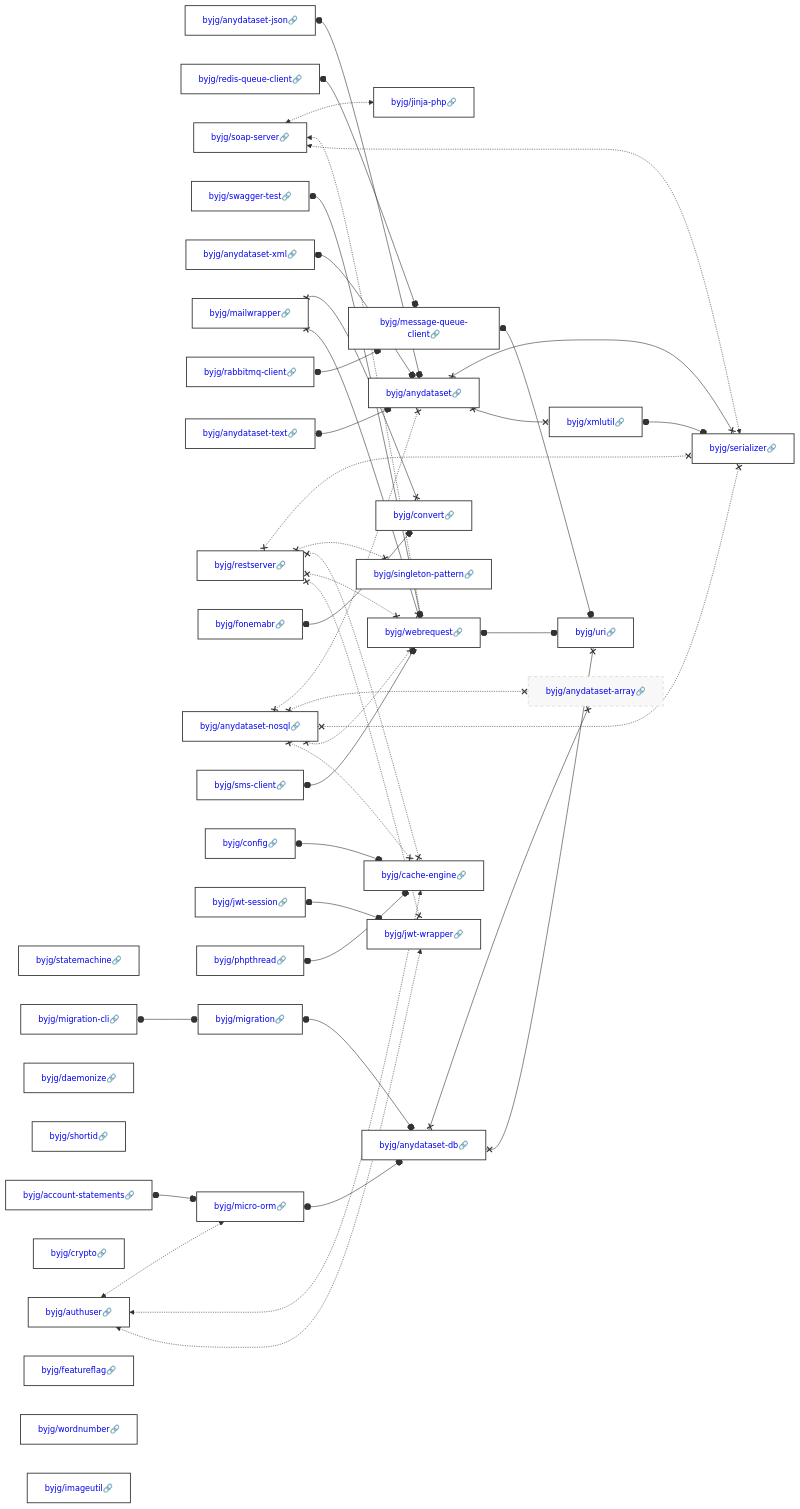
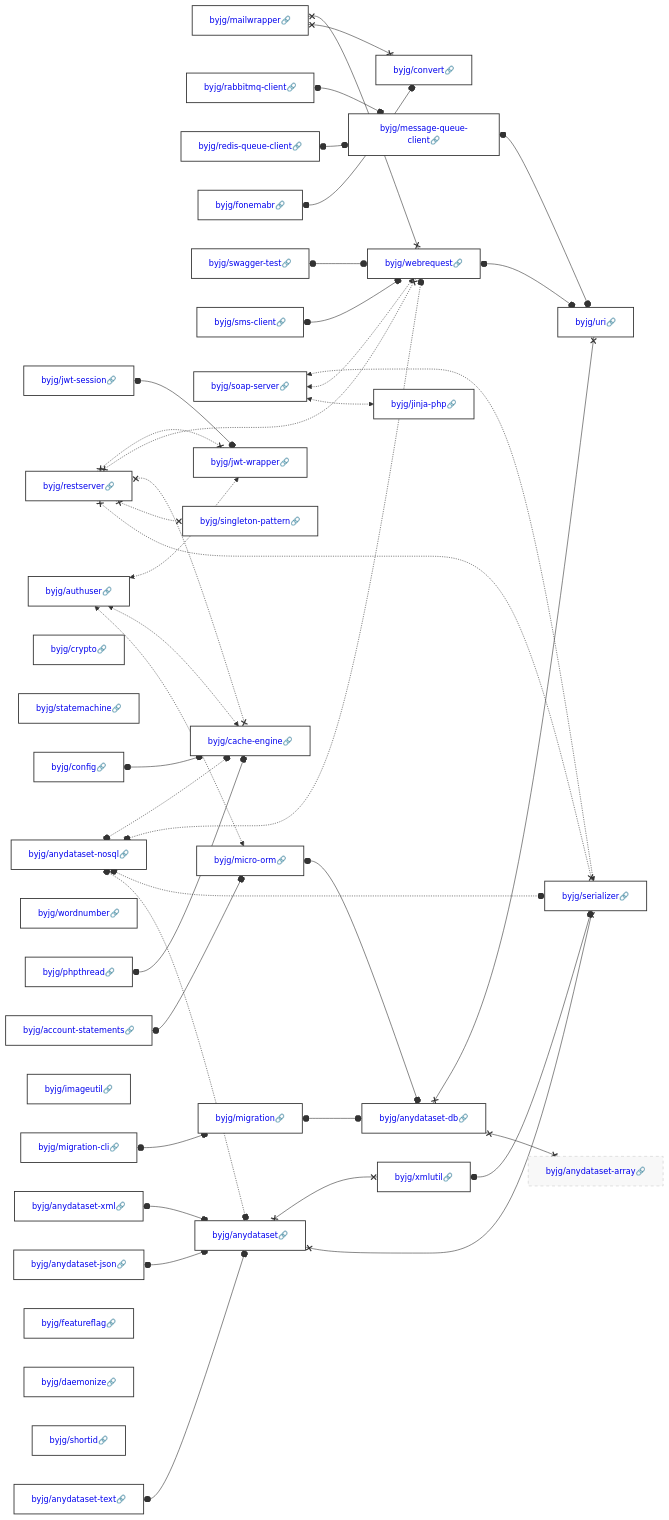
One commit to byjg/byjg.github.io changed the diagram in docs/php/README.md. Above: the diagram before and after it, drawn with Mermaid. The commit also changed 7 other files, not shown here.

Commit message:
Update documentation 'php' 'php-anydataset-nosql'

````diff
--- a/docs/php/README.md
+++ b/docs/php/README.md
@@ -3,40 +3,40 @@
 ```mermaid
 graph LR;
-  byjg/anydataset-json[<a href='https://opensource.byjg.com/docs/php/anydataset-json' style='text-decoration:none'>byjg/anydataset-json🔗</a>];
+  byjg/jwt-session[<a href='https://opensource.byjg.com/docs/php/jwt-session' style='text-decoration:none'>byjg/jwt-session🔗</a>];
+  byjg/account-statements[<a href='https://opensource.byjg.com/docs/php/account-statements' style='text-decoration:none'>byjg/account-statements🔗</a>];
+  byjg/anydataset-text[<a href='https://opensource.byjg.com/docs/php/anydataset-text' style='text-decoration:none'>byjg/anydataset-text🔗</a>];
+  byjg/crypto[<a href='https://opensource.byjg.com/docs/php/crypto' style='text-decoration:none'>byjg/crypto🔗</a>];
   byjg/statemachine[<a href='https://opensource.byjg.com/docs/php/statemachine' style='text-decoration:none'>byjg/statemachine🔗</a>];
+  byjg/mailwrapper[<a href='https://opensource.byjg.com/docs/php/mailwrapper' style='text-decoration:none'>byjg/mailwrapper🔗</a>];
+  byjg/phpthread[<a href='https://opensource.byjg.com/docs/php/phpthread' style='text-decoration:none'>byjg/phpthread🔗</a>];
+  byjg/rabbitmq-client[<a href='https://opensource.byjg.com/docs/php/rabbitmq-client' style='text-decoration:none'>byjg/rabbitmq-client🔗</a>];
   byjg/redis-queue-client[<a href='https://opensource.byjg.com/docs/php/redis-queue-client' style='text-decoration:none'>byjg/redis-queue-client🔗</a>];
-  byjg/soap-server[<a href='https://opensource.byjg.com/docs/php/soap-server' style='text-decoration:none'>byjg/soap-server🔗</a>];
+  byjg/restserver[<a href='https://opensource.byjg.com/docs/php/restserver' style='text-decoration:none'>byjg/restserver🔗</a>];
+  byjg/wordnumber[<a href='https://opensource.byjg.com/docs/php/wordnumber' style='text-decoration:none'>byjg/wordnumber🔗</a>];
+  byjg/fonemabr[<a href='https://opensource.byjg.com/docs/php/fonemabr' style='text-decoration:none'>byjg/fonemabr🔗</a>];
+  byjg/authuser[<a href='https://opensource.byjg.com/docs/php/authuser' style='text-decoration:none'>byjg/authuser🔗</a>];
   byjg/swagger-test[<a href='https://opensource.byjg.com/docs/php/swagger-test' style='text-decoration:none'>byjg/swagger-test🔗</a>];
   byjg/anydataset-xml[<a href='https://opensource.byjg.com/docs/php/anydataset-xml' style='text-decoration:none'>byjg/anydataset-xml🔗</a>];
-  byjg/account-statements[<a href='https://opensource.byjg.com/docs/php/account-statements' style='text-decoration:none'>byjg/account-statements🔗</a>];
-  byjg/daemonize[<a href='https://opensource.byjg.com/docs/php/daemonize' style='text-decoration:none'>byjg/daemonize🔗</a>];
-  byjg/mailwrapper[<a href='https://opensource.byjg.com/docs/php/mailwrapper' style='text-decoration:none'>byjg/mailwrapper🔗</a>];
-  byjg/shortid[<a href='https://opensource.byjg.com/docs/php/shortid' style='text-decoration:none'>byjg/shortid🔗</a>];
+  byjg/imageutil[<a href='https://opensource.byjg.com/docs/php/imageutil' style='text-decoration:none'>byjg/imageutil🔗</a>];
+  byjg/config[<a href='https://opensource.byjg.com/docs/php/config' style='text-decoration:none'>byjg/config🔗</a>];
   byjg/migration-cli[<a href='https://opensource.byjg.com/docs/php/migration-cli' style='text-decoration:none'>byjg/migration-cli🔗</a>];
-  byjg/crypto[<a href='https://opensource.byjg.com/docs/php/crypto' style='text-decoration:none'>byjg/crypto🔗</a>];
-  byjg/rabbitmq-client[<a href='https://opensource.byjg.com/docs/php/rabbitmq-client' style='text-decoration:none'>byjg/rabbitmq-client🔗</a>];
-  byjg/anydataset-text[<a href='https://opensource.byjg.com/docs/php/anydataset-text' style='text-decoration:none'>byjg/anydataset-text🔗</a>];
-  byjg/authuser[<a href='https://opensource.byjg.com/docs/php/authuser' style='text-decoration:none'>byjg/authuser🔗</a>];
-  byjg/restserver[<a href='https://opensource.byjg.com/docs/php/restserver' style='text-decoration:none'>byjg/restserver🔗</a>];
-  byjg/fonemabr[<a href='https://opensource.byjg.com/docs/php/fonemabr' style='text-decoration:none'>byjg/fonemabr🔗</a>];
   byjg/anydataset-nosql[<a href='https://opensource.byjg.com/docs/php/anydataset-nosql' style='text-decoration:none'>byjg/anydataset-nosql🔗</a>];
   byjg/sms-client[<a href='https://opensource.byjg.com/docs/php/sms-client' style='text-decoration:none'>byjg/sms-client🔗</a>];
-  byjg/config[<a href='https://opensource.byjg.com/docs/php/config' style='text-decoration:none'>byjg/config🔗</a>];
-  byjg/jwt-session[<a href='https://opensource.byjg.com/docs/php/jwt-session' style='text-decoration:none'>byjg/jwt-session🔗</a>];
   byjg/featureflag[<a href='https://opensource.byjg.com/docs/php/featureflag' style='text-decoration:none'>byjg/featureflag🔗</a>];
-  byjg/phpthread[<a href='https://opensource.byjg.com/docs/php/phpthread' style='text-decoration:none'>byjg/phpthread🔗</a>];
-  byjg/wordnumber[<a href='https://opensource.byjg.com/docs/php/wordnumber' style='text-decoration:none'>byjg/wordnumber🔗</a>];
-  byjg/imageutil[<a href='https://opensource.byjg.com/docs/php/imageutil' style='text-decoration:none'>byjg/imageutil🔗</a>];
-  byjg/jinja-php[<a href='https://opensource.byjg.com/docs/php/jinja-php' style='text-decoration:none'>byjg/jinja-php🔗</a>];
-  byjg/migration[<a href='https://opensource.byjg.com/docs/php/migration' style='text-decoration:none'>byjg/migration🔗</a>];
+  byjg/daemonize[<a href='https://opensource.byjg.com/docs/php/daemonize' style='text-decoration:none'>byjg/daemonize🔗</a>];
+  byjg/shortid[<a href='https://opensource.byjg.com/docs/php/shortid' style='text-decoration:none'>byjg/shortid🔗</a>];
+  byjg/anydataset-json[<a href='https://opensource.byjg.com/docs/php/anydataset-json' style='text-decoration:none'>byjg/anydataset-json🔗</a>];
+  byjg/soap-server[<a href='https://opensource.byjg.com/docs/php/soap-server' style='text-decoration:none'>byjg/soap-server🔗</a>];
   byjg/message-queue-client[<a href='https://opensource.byjg.com/docs/php/message-queue-client' style='text-decoration:none'>byjg/message-queue-client🔗</a>];
-  byjg/micro-orm[<a href='https://opensource.byjg.com/docs/php/micro-orm' style='text-decoration:none'>byjg/micro-orm🔗</a>];
   byjg/singleton-pattern[<a href='https://opensource.byjg.com/docs/php/singleton-pattern' style='text-decoration:none'>byjg/singleton-pattern🔗</a>];
   byjg/convert[<a href='https://opensource.byjg.com/docs/php/convert' style='text-decoration:none'>byjg/convert🔗</a>];
+  byjg/micro-orm[<a href='https://opensource.byjg.com/docs/php/micro-orm' style='text-decoration:none'>byjg/micro-orm🔗</a>];
+  byjg/jwt-wrapper[<a href='https://opensource.byjg.com/docs/php/jwt-wrapper' style='text-decoration:none'>byjg/jwt-wrapper🔗</a>];
+  byjg/migration[<a href='https://opensource.byjg.com/docs/php/migration' style='text-decoration:none'>byjg/migration🔗</a>];
+  byjg/cache-engine[<a href='https://opensource.byjg.com/docs/php/cache-engine' style='text-decoration:none'>byjg/cache-engine🔗</a>];
   byjg/anydataset[<a href='https://opensource.byjg.com/docs/php/anydataset' style='text-decoration:none'>byjg/anydataset🔗</a>];
+  byjg/jinja-php[<a href='https://opensource.byjg.com/docs/php/jinja-php' style='text-decoration:none'>byjg/jinja-php🔗</a>];
   byjg/webrequest[<a href='https://opensource.byjg.com/docs/php/webrequest' style='text-decoration:none'>byjg/webrequest🔗</a>];
-  byjg/jwt-wrapper[<a href='https://opensource.byjg.com/docs/php/jwt-wrapper' style='text-decoration:none'>byjg/jwt-wrapper🔗</a>];
-  byjg/cache-engine[<a href='https://opensource.byjg.com/docs/php/cache-engine' style='text-decoration:none'>byjg/cache-engine🔗</a>];
   byjg/anydataset-db[<a href='https://opensource.byjg.com/docs/php/anydataset-db' style='text-decoration:none'>byjg/anydataset-db🔗</a>];
   byjg/xmlutil[<a href='https://opensource.byjg.com/docs/php/xmlutil' style='text-decoration:none'>byjg/xmlutil🔗</a>];
   byjg/anydataset-array[<a href='https://opensource.byjg.com/docs/php/anydataset-array' style='text-decoration:none'>byjg/anydataset-array🔗</a>];
@@ -71,11 +71,10 @@
   byjg/restserver x-.-x byjg/webrequest;
   byjg/restserver x-.-x byjg/jwt-wrapper;
   byjg/anydataset-json o--o byjg/anydataset;
-  byjg/anydataset-nosql x-.-x byjg/anydataset;
-  byjg/anydataset-nosql x-.-x byjg/anydataset-array;
-  byjg/anydataset-nosql x-.-x byjg/serializer;
-  byjg/anydataset-nosql x-.-x byjg/webrequest;
-  byjg/anydataset-nosql x-.-x byjg/cache-engine;
+  byjg/anydataset-nosql o-.-o byjg/anydataset;
+  byjg/anydataset-nosql o-.-o byjg/serializer;
+  byjg/anydataset-nosql o-.-o byjg/webrequest;
+  byjg/anydataset-nosql o-.-o byjg/cache-engine;
   byjg/authuser <-.-> byjg/micro-orm;
   byjg/authuser <-.-> byjg/cache-engine;
   byjg/authuser <-.-> byjg/jwt-wrapper;
````
